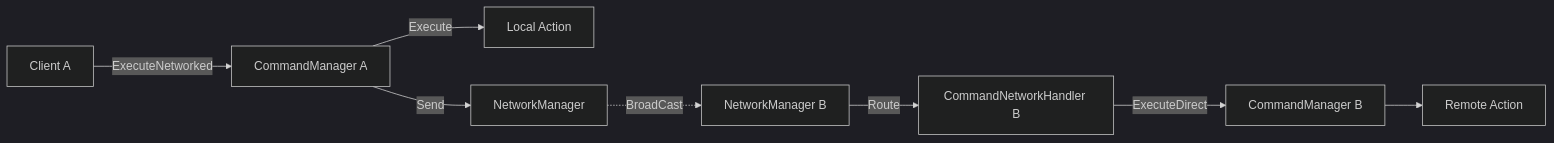
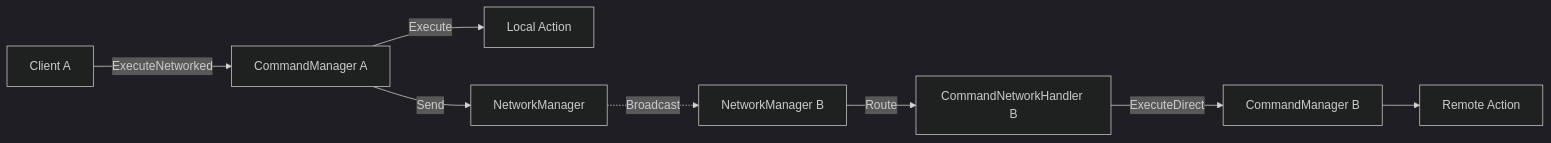
Before and after one commit to eraflo/Catalyst: the third of 3 diagrams in Documentation~/Modules/CommandSystem.md, drawn with Mermaid (dark theme). The commit also changed other lines of this file, not shown here.

Commit message:
doc: update command system doc

````diff
--- a/Documentation~/Modules/CommandSystem.md
+++ b/Documentation~/Modules/CommandSystem.md
@@ -166,10 +397,10 @@
 ```mermaid
 graph LR
-    Sub_A[Client A] -->|ExecuteNetworked| CM_A[CommandManager A]
+    A[Client A] -->|ExecuteNetworked| CM_A[CommandManager A]
     CM_A -->|Execute| Local_A[Local Action]
     CM_A -->|Send| NM[NetworkManager]
-    NM -.->|BroadCast| NM_B[NetworkManager B]
+    NM -.->|Broadcast| NM_B[NetworkManager B]
     NM_B -->|Route| CH_B[CommandNetworkHandler B]
     CH_B -->|ExecuteDirect| CM_B[CommandManager B]
     CM_B --> Local_B[Remote Action]
 ```
````
